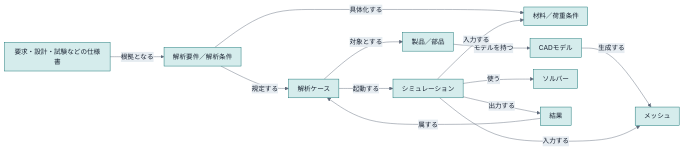
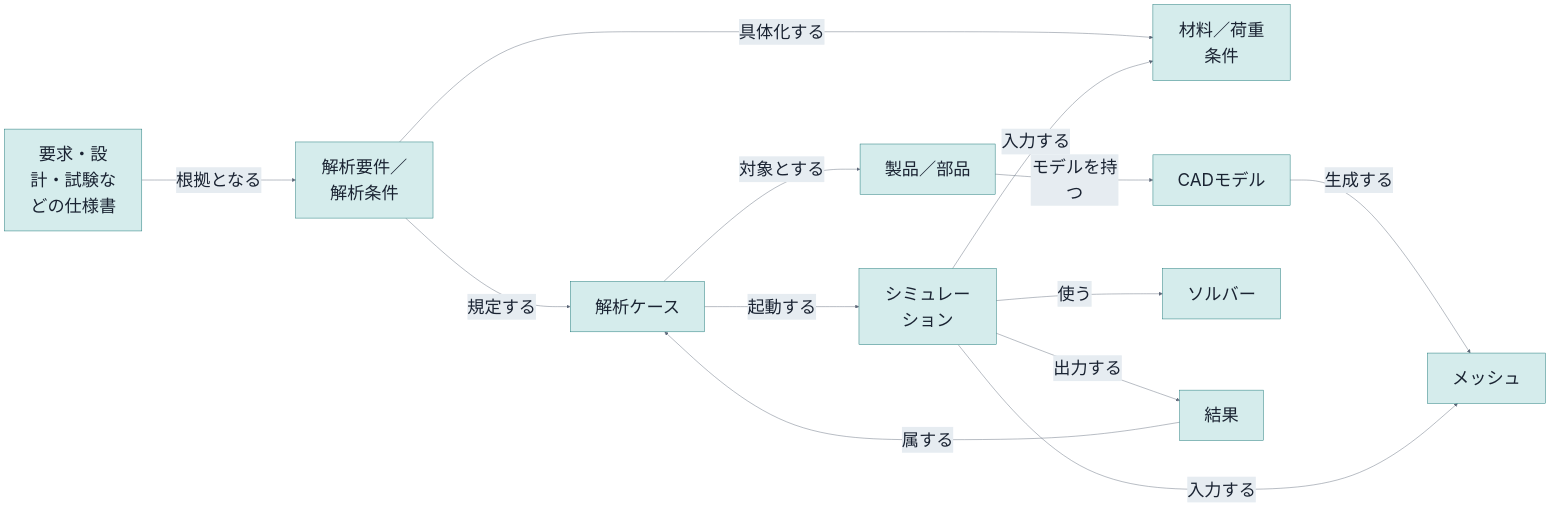
One commit to yohei1126/zenn changed the diagram in slides/mlops-meaning-layer-2026/spdm-ontology.mmd. Above: the diagram before and after it, drawn with Mermaid. The commit also changed 3 other files, not shown here.

First line of the commit message:
docs: enlarge SPDM ontology diagram for Marp readability

```diff
--- a/slides/mlops-meaning-layer-2026/spdm-ontology.mmd
+++ b/slides/mlops-meaning-layer-2026/spdm-ontology.mmd
@@ -1,27 +1,27 @@
 %%{init: {
   "theme": "base",
   "themeVariables": {
     "primaryColor": "#d5ecec",
     "primaryTextColor": "#1a2332",
     "primaryBorderColor": "#0b6e6e",
     "lineColor": "#5c6778",
     "secondaryColor": "#e6ecf1",
     "tertiaryColor": "#f2f4f6",
-    "fontFamily": "IBM Plex Sans JP, Hiragino Sans, Noto Sans JP, sans-serif",
-    "fontSize": "15px"
+    "fontFamily": "\"IBM Plex Sans JP\", \"Hiragino Sans\", \"Noto Sans JP\", sans-serif",
+    "fontSize": "39px"
   },
-  "flowchart": { "curve": "basis", "padding": 10, "htmlLabels": true, "nodeSpacing": 28, "rankSpacing": 48 }
+  "flowchart": { "curve": "basis", "padding": 28, "htmlLabels": true, "nodeSpacing": 144, "rankSpacing": 156 }
 }}%%
 flowchart LR
   Spec["要求・設計・試験などの仕様書"] -->|"根拠となる"| ReqCond["解析要件／解析条件"]
   ReqCond -->|"規定する"| Case["解析ケース"]
   ReqCond -->|"具体化する"| MatLoad["材料／荷重条件"]
   Part["製品／部品"] -->|"モデルを持つ"| CAD["CADモデル"]
   Case -->|"対象とする"| Part
   CAD -->|"生成する"| Mesh["メッシュ"]
   Case -->|"起動する"| Sim["シミュレーション"]
   Sim -->|"入力する"| Mesh
   Sim -->|"入力する"| MatLoad
   Sim -->|"使う"| Solver["ソルバー"]
   Sim -->|"出力する"| Result["結果"]
   Result -->|"属する"| Case
```
